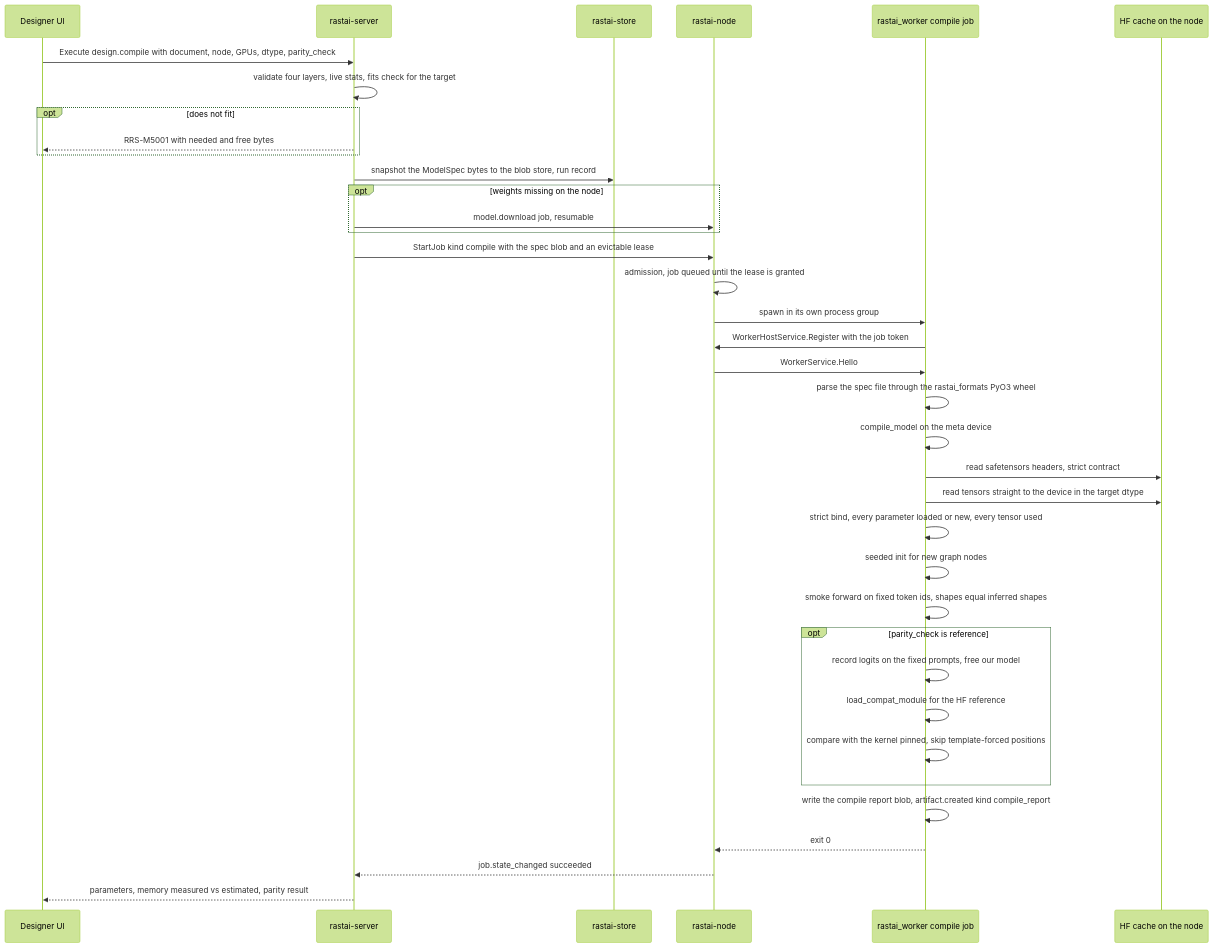
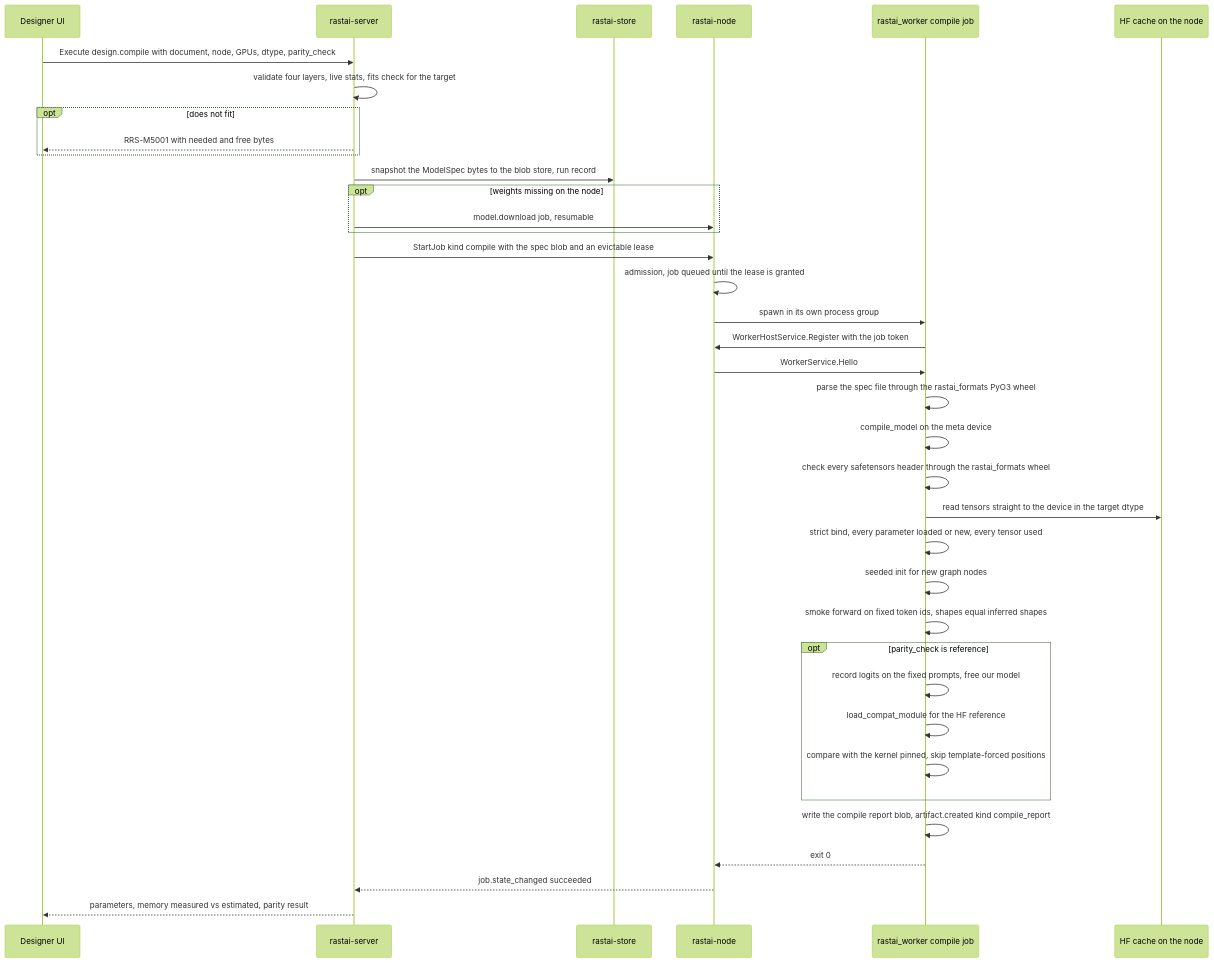
The third of 32 diagrams in docs/architecture/flows/designer-gym-remote.md (Snubiss/RASTAI-Research-Studio), drawn with Mermaid (forest theme) before and after one commit. The commit also changed other lines of this file and 44 other files, not shown here.

````diff
--- a/docs/architecture/flows/designer-gym-remote.md
+++ b/docs/architecture/flows/designer-gym-remote.md
@@ -176,39 +177,39 @@
 ```mermaid
 sequenceDiagram
   participant UI as Designer UI
   participant SRV as rastai-server
   participant ST as rastai-store
   participant NODE as rastai-node
   participant W as rastai_worker compile job
   participant FS as HF cache on the node
   UI->>SRV: Execute design.compile with document, node, GPUs, dtype, parity_check
   SRV->>SRV: validate four layers, live stats, fits check for the target
   opt does not fit
     SRV-->>UI: RRS-M5001 with needed and free bytes
   end
   SRV->>ST: snapshot the ModelSpec bytes to the blob store, run record
   opt weights missing on the node
     SRV->>NODE: model.download job, resumable
   end
   SRV->>NODE: StartJob kind compile with the spec blob and an evictable lease
   NODE->>NODE: admission, job queued until the lease is granted
   NODE->>W: spawn in its own process group
   W->>NODE: WorkerHostService.Register with the job token
   NODE->>W: WorkerService.Hello
   W->>W: parse the spec file through the rastai_formats PyO3 wheel
   W->>W: compile_model on the meta device
-  W->>FS: read safetensors headers, strict contract
+  W->>W: check every safetensors header through the rastai_formats wheel
   W->>FS: read tensors straight to the device in the target dtype
   W->>W: strict bind, every parameter loaded or new, every tensor used
   W->>W: seeded init for new graph nodes
   W->>W: smoke forward on fixed token ids, shapes equal inferred shapes
   opt parity_check is reference
     W->>W: record logits on the fixed prompts, free our model
     W->>W: load_compat_module for the HF reference
     W->>W: compare with the kernel pinned, skip template-forced positions
   end
   W->>W: write the compile report blob, artifact.created kind compile_report
   W-->>NODE: exit 0
   NODE-->>SRV: job.state_changed succeeded
   SRV-->>UI: parameters, memory measured vs estimated, parity result
 ```
````
